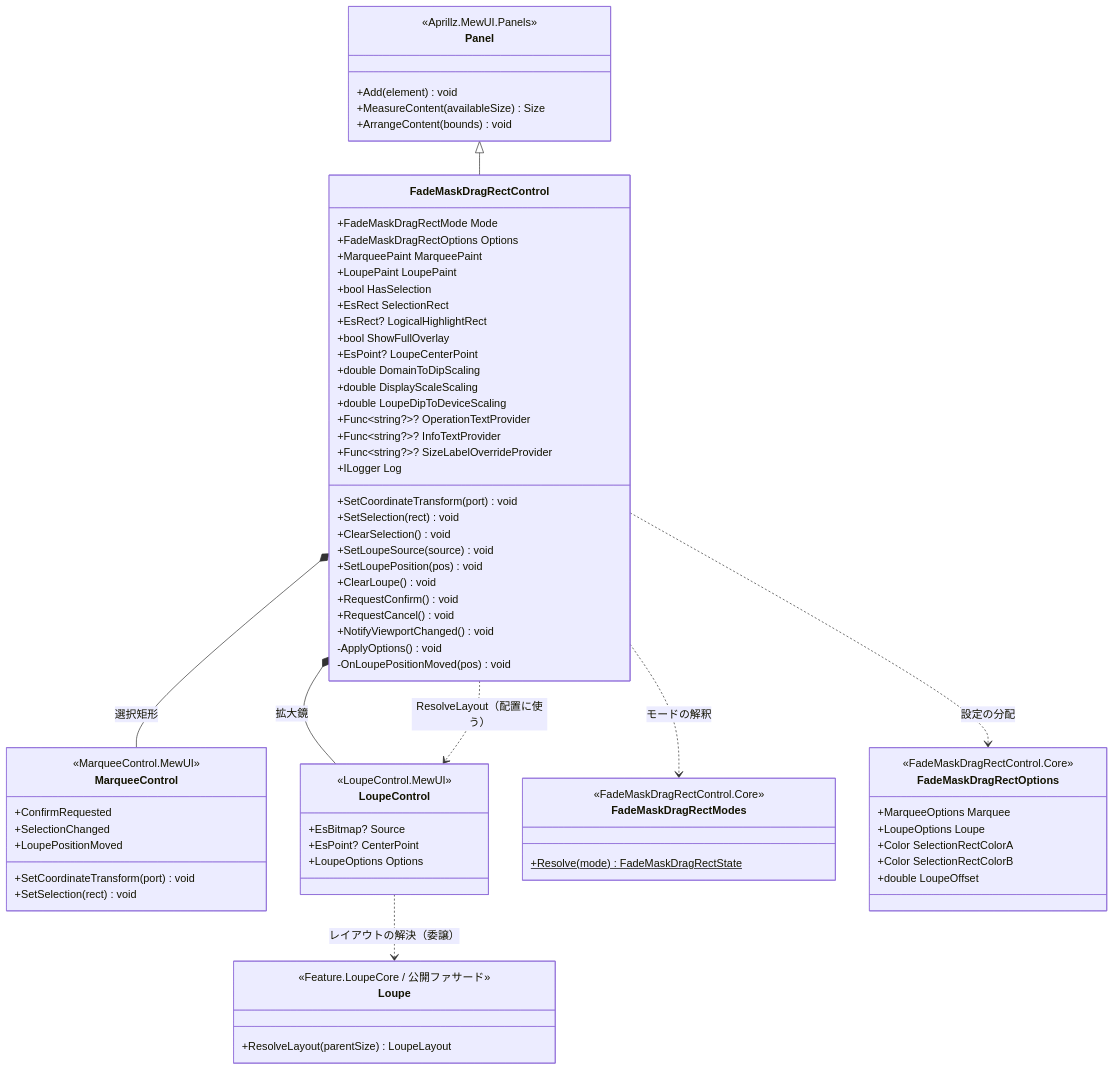
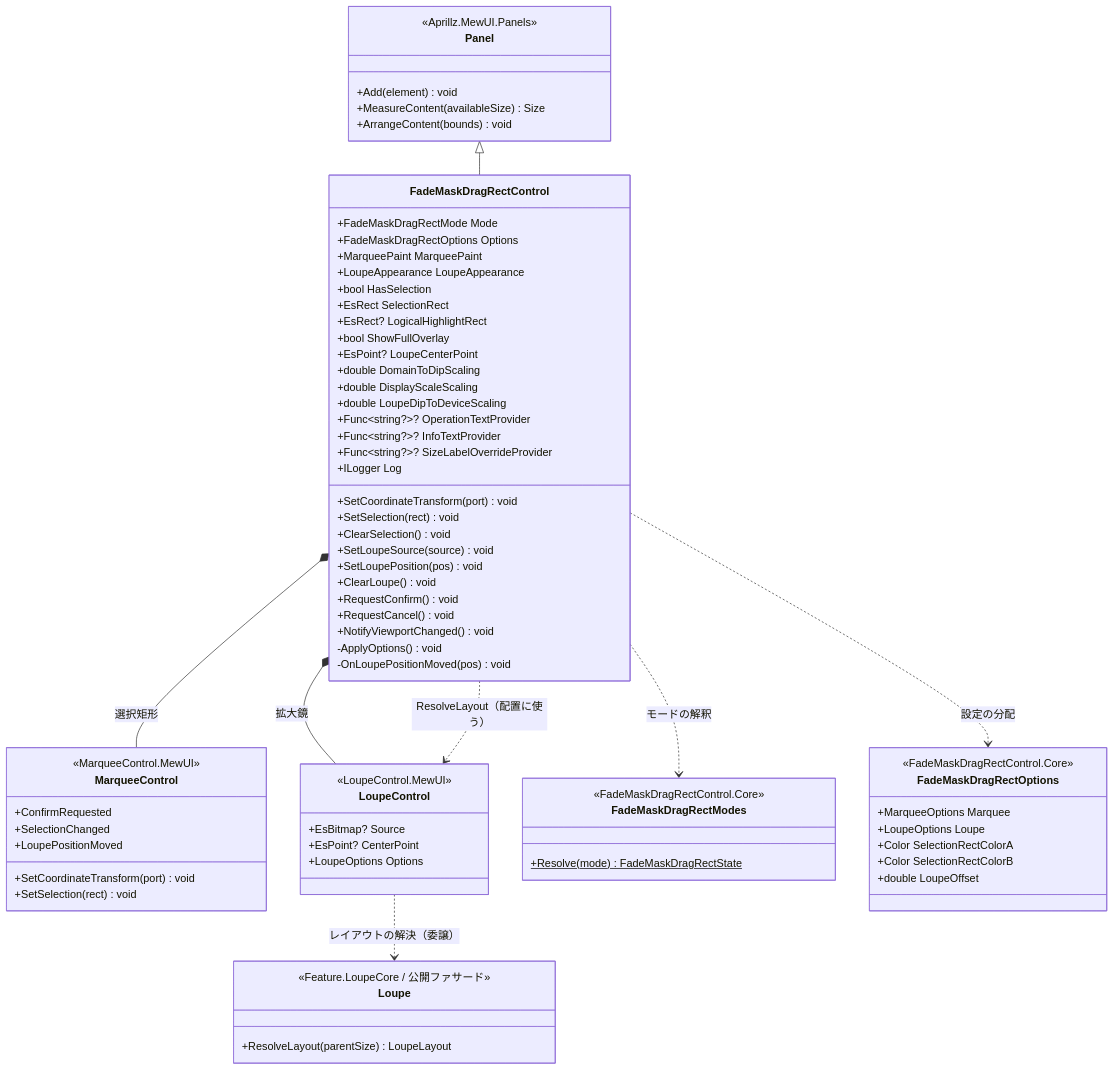
Before and after one commit to tomokuni/SaveEvidence: the first of 4 diagrams in src/FadeMaskDragRectControl.MewUI/SPEC_System.md, drawn with Mermaid. The commit also changed other lines of this file and 92 other files, not shown here.

````diff
--- a/src/FadeMaskDragRectControl.MewUI/SPEC_System.md
+++ b/src/FadeMaskDragRectControl.MewUI/SPEC_System.md
@@ -94,76 +94,76 @@
 ```mermaid
 classDiagram
     class Panel {
         <<Aprillz.MewUI.Panels>>
         +Add(element) void
         +MeasureContent(availableSize) Size
         +ArrangeContent(bounds) void
     }
     class FadeMaskDragRectControl {
         +FadeMaskDragRectMode Mode
         +FadeMaskDragRectOptions Options
         +MarqueePaint MarqueePaint
-        +LoupePaint LoupePaint
+        +LoupeAppearance LoupeAppearance
         +bool HasSelection
         +EsRect SelectionRect
         +EsRect? LogicalHighlightRect
         +bool ShowFullOverlay
         +EsPoint? LoupeCenterPoint
         +double DomainToDipScaling
         +double DisplayScaleScaling
         +double LoupeDipToDeviceScaling
         +Func~string?~? OperationTextProvider
         +Func~string?~? InfoTextProvider
         +Func~string?~? SizeLabelOverrideProvider
         +ILogger Log
         +SetCoordinateTransform(port) void
         +SetSelection(rect) void
         +ClearSelection() void
         +SetLoupeSource(source) void
         +SetLoupePosition(pos) void
         +ClearLoupe() void
         +RequestConfirm() void
         +RequestCancel() void
         +NotifyViewportChanged() void
         -ApplyOptions() void
         -OnLoupePositionMoved(pos) void
     }
     class MarqueeControl {
         <<MarqueeControl.MewUI>>
         +SetCoordinateTransform(port) void
         +SetSelection(rect) void
         +ConfirmRequested
         +SelectionChanged
         +LoupePositionMoved
     }
     class LoupeControl {
         <<LoupeControl.MewUI>>
         +EsBitmap? Source
         +EsPoint? CenterPoint
         +LoupeOptions Options
     }
     class FadeMaskDragRectModes {
         <<FadeMaskDragRectControl.Core>>
         +Resolve(mode)$ FadeMaskDragRectState
     }
     class FadeMaskDragRectOptions {
         <<FadeMaskDragRectControl.Core>>
         +MarqueeOptions Marquee
         +LoupeOptions Loupe
         +Color SelectionRectColorA
         +Color SelectionRectColorB
         +double LoupeOffset
     }
     class Loupe {
         <<Feature.LoupeCore / 公開ファサード>>
         +ResolveLayout(parentSize) LoupeLayout
     }
 
     Panel <|-- FadeMaskDragRectControl
     FadeMaskDragRectControl *-- MarqueeControl : 選択矩形
     FadeMaskDragRectControl *-- LoupeControl : 拡大鏡
     FadeMaskDragRectControl ..> FadeMaskDragRectModes : モードの解釈
     FadeMaskDragRectControl ..> FadeMaskDragRectOptions : 設定の分配
     LoupeControl ..> Loupe : レイアウトの解決（委譲）
     FadeMaskDragRectControl ..> LoupeControl : ResolveLayout（配置に使う）
 ```
````
